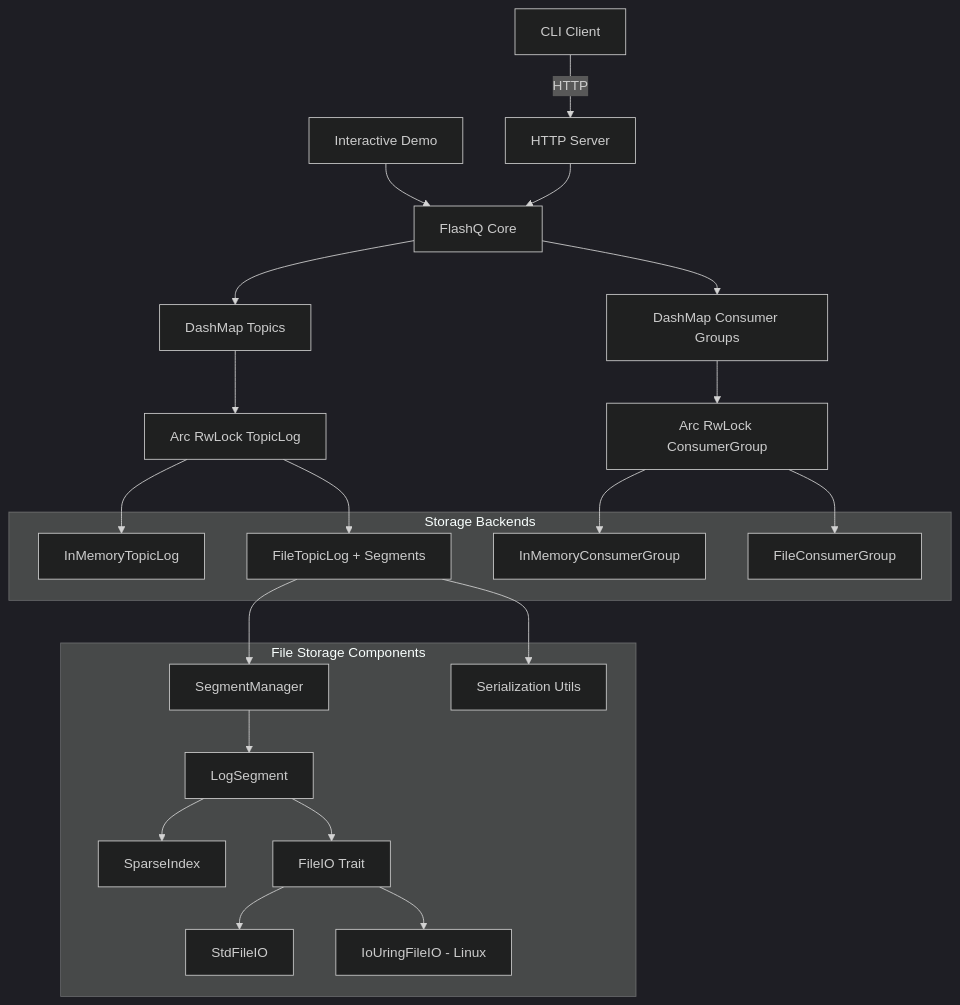
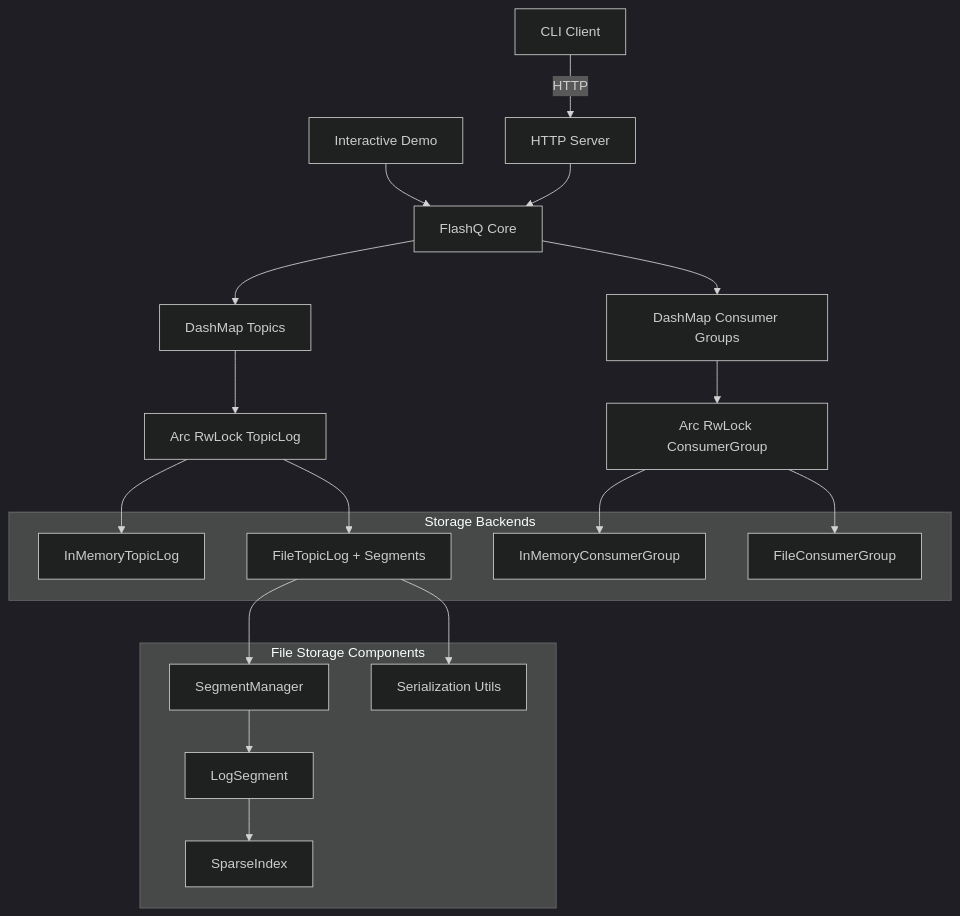
One commit to harshitmahapatra/flashq changed the first of 2 diagrams in docs/architecture.md. Above: the diagram before and after it, drawn with Mermaid (dark theme). The commit also changed other lines of this file and 38 other files, not shown here.

````diff
--- a/docs/architecture.md
+++ b/docs/architecture.md
@@ -7,42 +7,36 @@
 ```mermaid
 graph TD
     A[CLI Client] -->|HTTP| B[HTTP Server]
     C[Interactive Demo] --> D[FlashQ Core]
     B --> D
     
     D --> E[DashMap Topics]
     D --> F[DashMap Consumer Groups]
     
     E --> G[Arc RwLock TopicLog]
     F --> H[Arc RwLock ConsumerGroup]
     
     subgraph "Storage Backends"
         I[InMemoryTopicLog]
         J[FileTopicLog + Segments]
         K[InMemoryConsumerGroup]
         L[FileConsumerGroup]
     end
     
     subgraph "File Storage Components"
         M[SegmentManager]
         N[LogSegment]
         O[SparseIndex]
         P[Serialization Utils]
-        Q[FileIO Trait]
-        R[StdFileIO]
-        S[IoUringFileIO - Linux]
     end
     
     J --> M
     M --> N
     N --> O
     J --> P
-    N --> Q
-    Q --> R
-    Q --> S
     
     G --> I
     G --> J
     H --> K
     H --> L
 ```
````
